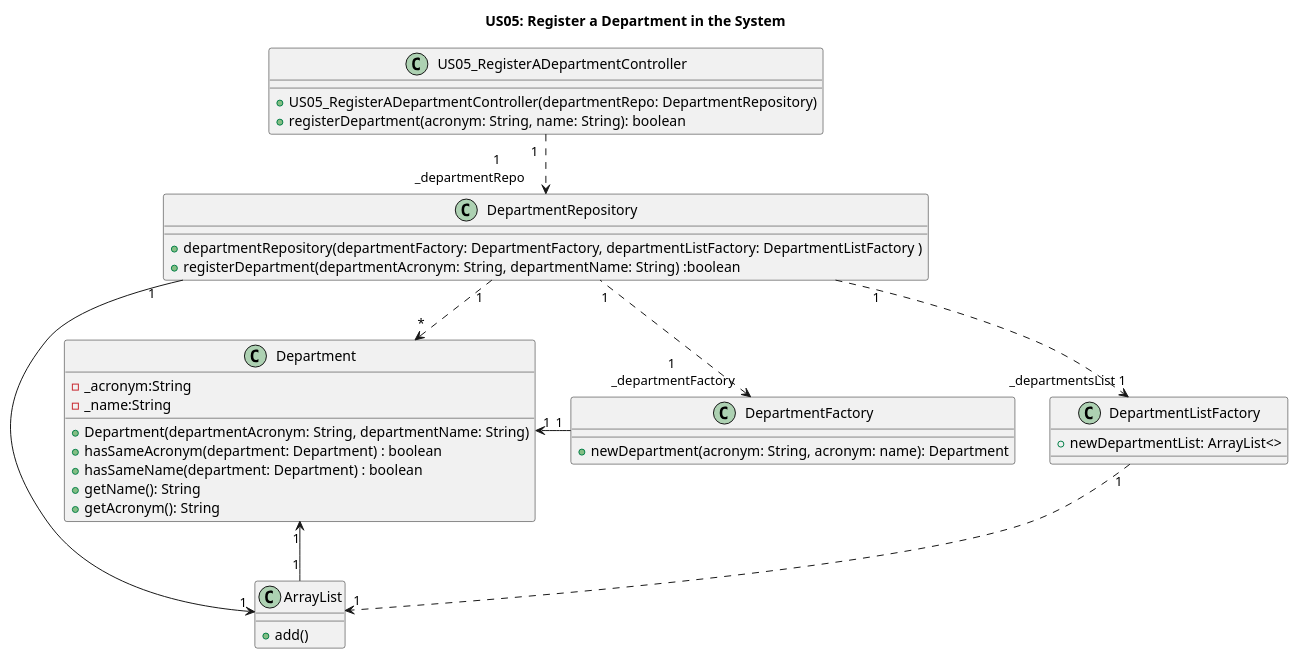
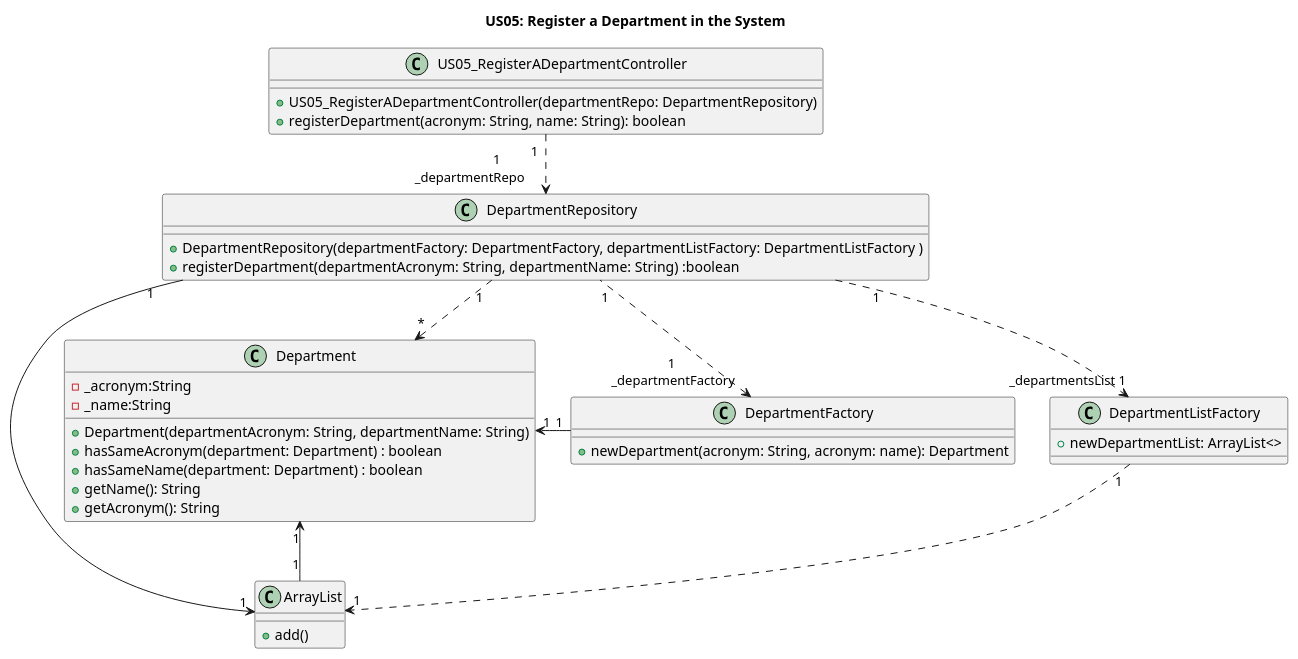
Before and after one commit to GasparISEP/DevOps-PAI: the diagram in docs/US05/US05_DepartmentRegistryClassDiagram.puml, drawn with PlantUML. The commit also changed 1 other file, not shown here.

Commit message:
US05 documentation - Optimization to sequence diagram and class diagram

```diff
--- a/docs/US05/US05_DepartmentRegistryClassDiagram.puml
+++ b/docs/US05/US05_DepartmentRegistryClassDiagram.puml
@@ -1,45 +1,45 @@
 @startuml
 title US05: Register a Department in the System
 'left to right direction'
 
 class US05_RegisterADepartmentController {
     +US05_RegisterADepartmentController(departmentRepo: DepartmentRepository)
     +registerDepartment(acronym: String, name: String): boolean
 }
 
 class Department {
     -_acronym:String
     -_name:String
     +Department(departmentAcronym: String, departmentName: String)
     +hasSameAcronym(department: Department) : boolean
     +hasSameName(department: Department) : boolean
     +getName(): String
     +getAcronym(): String
 }
 
 class DepartmentRepository {
-    + departmentRepository(departmentFactory: DepartmentFactory, departmentListFactory: DepartmentListFactory )
+    +DepartmentRepository(departmentFactory: DepartmentFactory, departmentListFactory: DepartmentListFactory )
     +registerDepartment(departmentAcronym: String, departmentName: String) :boolean
 }
 
 class DepartmentFactory {
     +newDepartment(acronym: String, acronym: name): Department
 }
 
 class DepartmentListFactory {
     +newDepartmentList: ArrayList<>
 }
 
 class ArrayList {
     +add()
 }
 
 DepartmentRepository "1" ..> "*" Department
 DepartmentRepository "1" -> "1" ArrayList
 Department "1" <- "1" ArrayList
 DepartmentRepository "1" ..> "_departmentsList 1" DepartmentListFactory
 DepartmentListFactory "1" ..> "1" ArrayList
 US05_RegisterADepartmentController "1  " ..> "            1\n_departmentRepo    " DepartmentRepository
 Department "1" <- "1" DepartmentFactory
 DepartmentFactory "1\n _departmentFactory" <.. "1" DepartmentRepository
 @enduml
```
